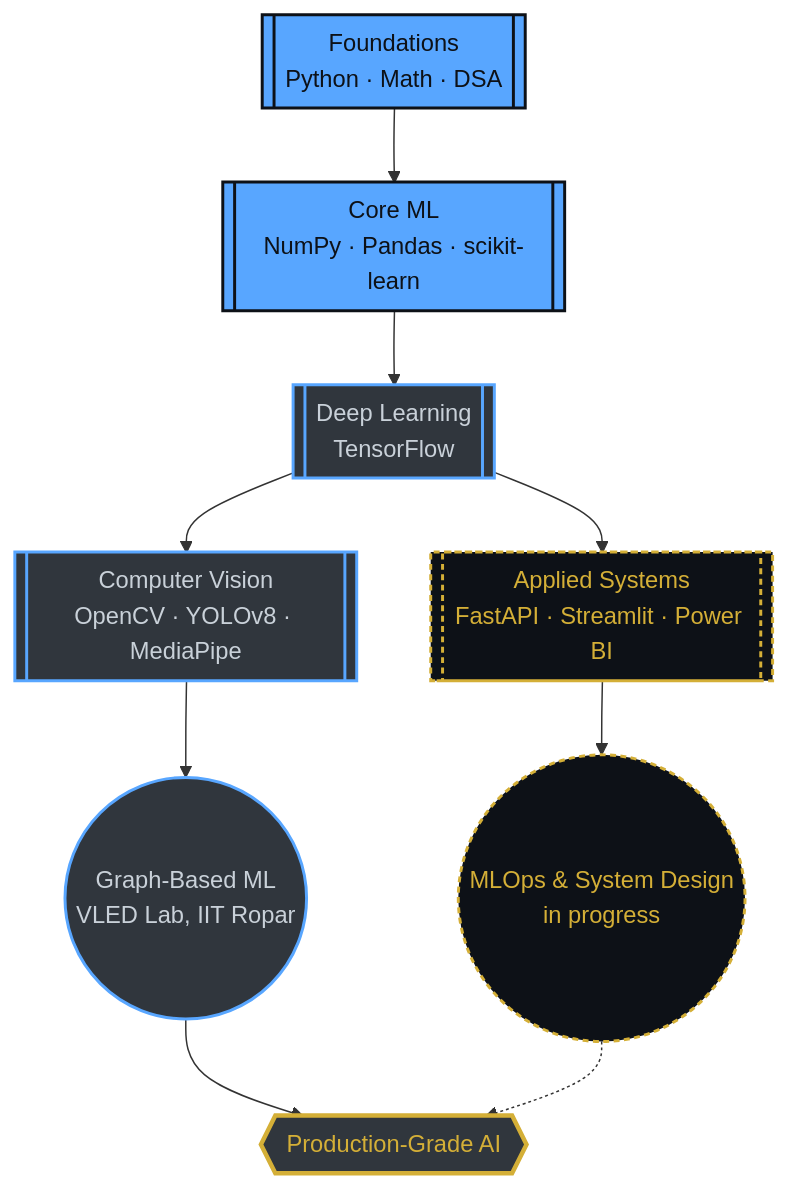
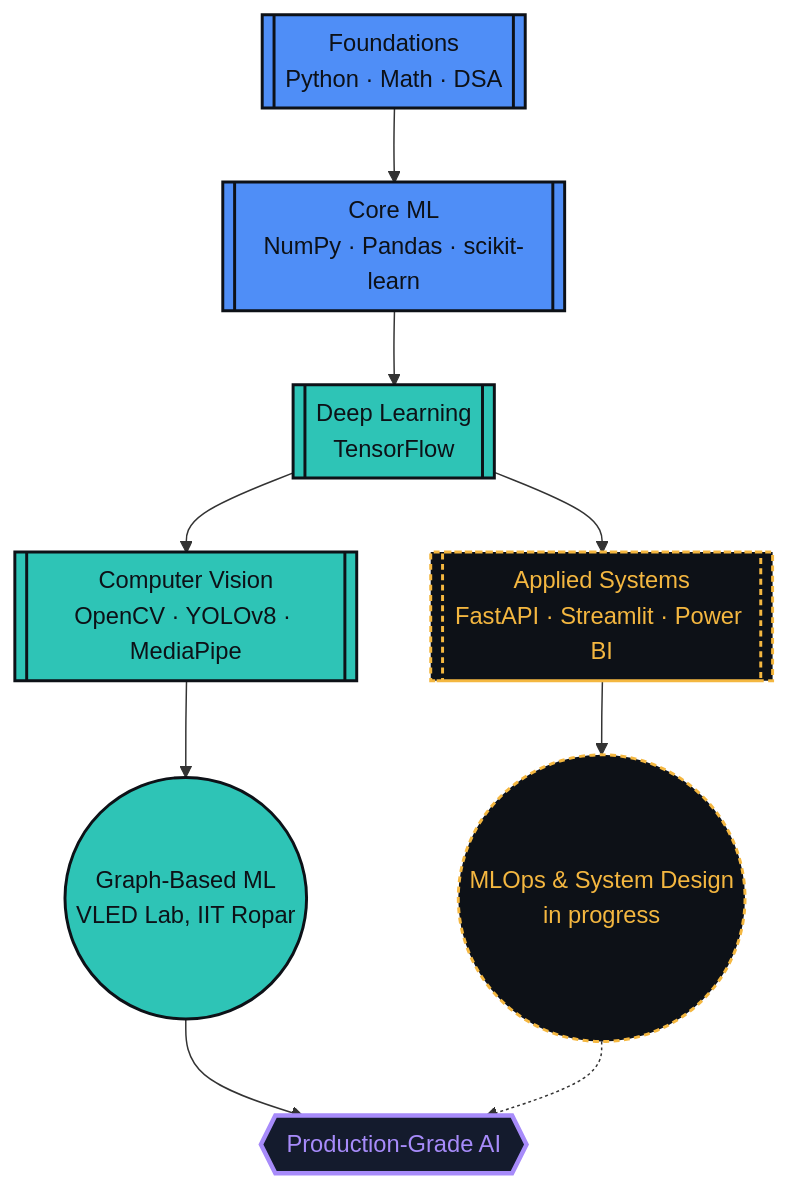
Before and after one commit to kanth071/kanth071: the diagram in README.md, drawn with Mermaid. The commit also changed other lines of this file, not shown here.

````diff
--- a/README.md
+++ b/README.md
@@ -77,21 +81,21 @@
 ```mermaid
 flowchart TD
     A[["Foundations<br/>Python · Math · DSA"]] --> B[["Core ML<br/>NumPy · Pandas · scikit-learn"]]
     B --> C[["Deep Learning<br/>TensorFlow"]]
     C --> D[["Computer Vision<br/>OpenCV · YOLOv8 · MediaPipe"]]
     C --> E[["Applied Systems<br/>FastAPI · Streamlit · Power BI"]]
     D --> F(("Graph-Based ML<br/>VLED Lab, IIT Ropar"))
     E --> G(("MLOps & System Design<br/>in progress"))
     F --> H{{"Production-Grade AI"}}
     G -.-> H
 
-    classDef unlocked fill:#58A6FF,stroke:#0D1117,color:#0D1117,stroke-width:2px;
-    classDef mastered fill:#30363D,stroke:#58A6FF,color:#C9D1D9,stroke-width:2px;
-    classDef inprogress fill:#0D1117,stroke:#D4AF37,color:#D4AF37,stroke-width:2px,stroke-dasharray:4 3;
-    classDef frontier fill:#30363D,stroke:#D4AF37,color:#D4AF37,stroke-width:3px;
+    classDef unlocked fill:#4F8EF7,stroke:#0D1117,color:#0D1117,stroke-width:2px;
+    classDef mastered fill:#2EC4B6,stroke:#0D1117,color:#0D1117,stroke-width:2px;
+    classDef inprogress fill:#0D1117,stroke:#F4B740,color:#F4B740,stroke-width:2px,stroke-dasharray:4 3;
+    classDef frontier fill:#141B2D,stroke:#A78BFA,color:#A78BFA,stroke-width:3px;
 
     class A,B unlocked;
     class C,D,F mastered;
     class E,G inprogress;
     class H frontier;
 ```
````
